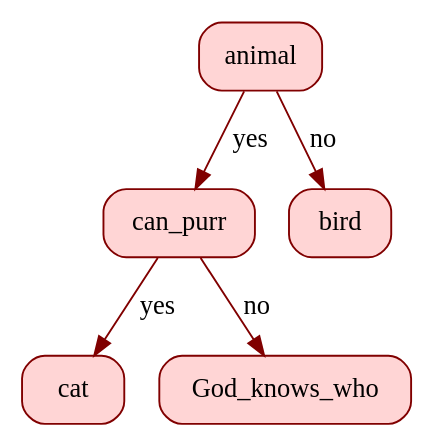
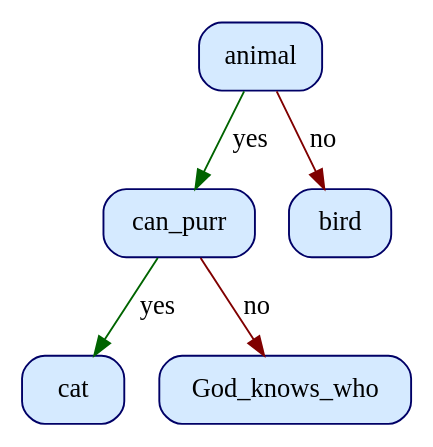
Before and after one commit to KuchinaMA/Akinator: the diagram in TreePicture.dot, drawn with Graphviz. The commit also changed 2 other files, not shown here.

```diff
--- a/TreePicture.dot
+++ b/TreePicture.dot
@@ -1,13 +1,13 @@
 digraph {
   rankdir = HR;
-  node [shape = Mrecord, color = "#800000", style = filled, fillcolor = "#FFD5D5"];
-  node_000001c4a8cf6bb0[label = " animal "]; 
-  node_000001c4a8cf6bf0[label = " can_purr "]; 
-  node_000001c4a8cf6c30[label = " cat "]; 
-  node_000001c4a8cf6c70[label = " God_knows_who "]; 
-  node_000001c4a8cf6cb0[label = " bird "]; 
-  node_000001c4a8cf6bb0 -> node_000001c4a8cf6bf0 [label = "yes", weight = 1, color = "#800000"];
-  node_000001c4a8cf6bf0 -> node_000001c4a8cf6c30 [label = "yes", weight = 1, color = "#800000"];
-  node_000001c4a8cf6bf0 -> node_000001c4a8cf6c70 [label = "no", weight = 1, color = "#800000"];
-  node_000001c4a8cf6bb0 -> node_000001c4a8cf6cb0 [label = "no", weight = 1, color = "#800000"];
+  node [shape = Mrecord, color = "#000066", style = filled, fillcolor = "#D5EAFF"];
+  node_000001f7b32e6bb0[label = " animal "]; 
+  node_000001f7b32e6bf0[label = " can_purr "]; 
+  node_000001f7b32e6c30[label = " cat "]; 
+  node_000001f7b32e6c70[label = " God_knows_who "]; 
+  node_000001f7b32e6cb0[label = " bird "]; 
+  node_000001f7b32e6bb0 -> node_000001f7b32e6bf0 [label = "yes", weight = 1, color = "#006400"];
+  node_000001f7b32e6bf0 -> node_000001f7b32e6c30 [label = "yes", weight = 1, color = "#006400"];
+  node_000001f7b32e6bf0 -> node_000001f7b32e6c70 [label = "no", weight = 1, color = "#800000"];
+  node_000001f7b32e6bb0 -> node_000001f7b32e6cb0 [label = "no", weight = 1, color = "#800000"];
 }
```
